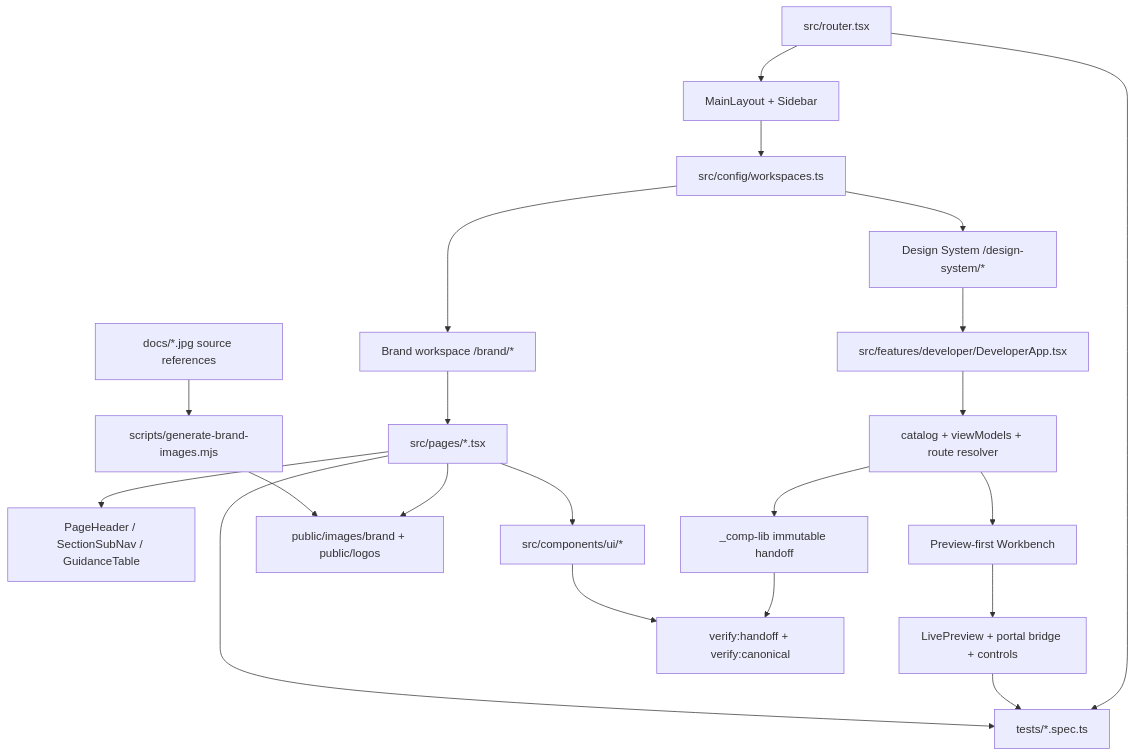
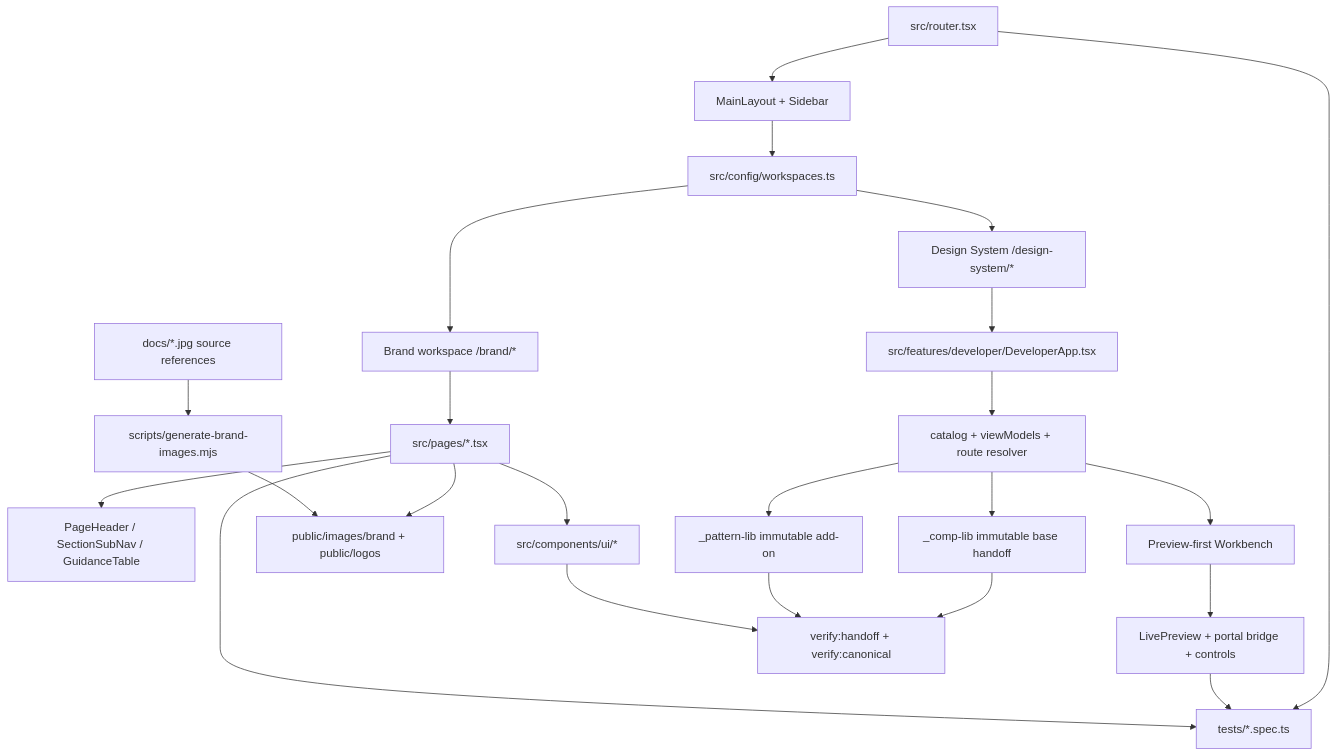
One commit to leifmoore/BrandKit changed the diagram in docs/repo-context-map.md. Above: the diagram before and after it, drawn with Mermaid. The commit also changed other lines of this file and 420 other files, not shown here.

````diff
--- a/docs/repo-context-map.md
+++ b/docs/repo-context-map.md
@@ -10,27 +10,29 @@
 ```mermaid
 flowchart TD
   Router[src/router.tsx] --> Shell[MainLayout + Sidebar]
   Shell --> WorkspaceConfig[src/config/workspaces.ts]
   WorkspaceConfig --> Brand[Brand workspace /brand/*]
   WorkspaceConfig --> System[Design System /design-system/*]
 
   Brand --> BrandPages[src/pages/*.tsx]
   BrandPages --> HostPatterns[PageHeader / SectionSubNav / GuidanceTable]
   BrandPages --> CanonicalUI[src/components/ui/*]
   BrandPages --> BrandAssets[public/images/brand + public/logos]
 
   System --> DeveloperApp[src/features/developer/DeveloperApp.tsx]
   DeveloperApp --> Catalogue[catalog + viewModels + route resolver]
   Catalogue --> Workbench[Preview-first Workbench]
   Workbench --> PreviewRuntime[LivePreview + portal bridge + controls]
-  Catalogue --> Handoff[_comp-lib immutable handoff]
+  Catalogue --> BaseHandoff[_comp-lib immutable base handoff]
+  Catalogue --> PatternHandoff[_pattern-lib immutable add-on]
 
-  Handoff --> Verifiers[verify:handoff + verify:canonical]
+  BaseHandoff --> Verifiers[verify:handoff + verify:canonical]
+  PatternHandoff --> Verifiers
   CanonicalUI --> Verifiers
   Router --> BrowserTests[tests/*.spec.ts]
   PreviewRuntime --> BrowserTests
   BrandPages --> BrowserTests
 
   PhotoSources[docs/*.jpg source references] --> ImageScript[scripts/generate-brand-images.mjs]
   ImageScript --> BrandAssets
 ```
````
